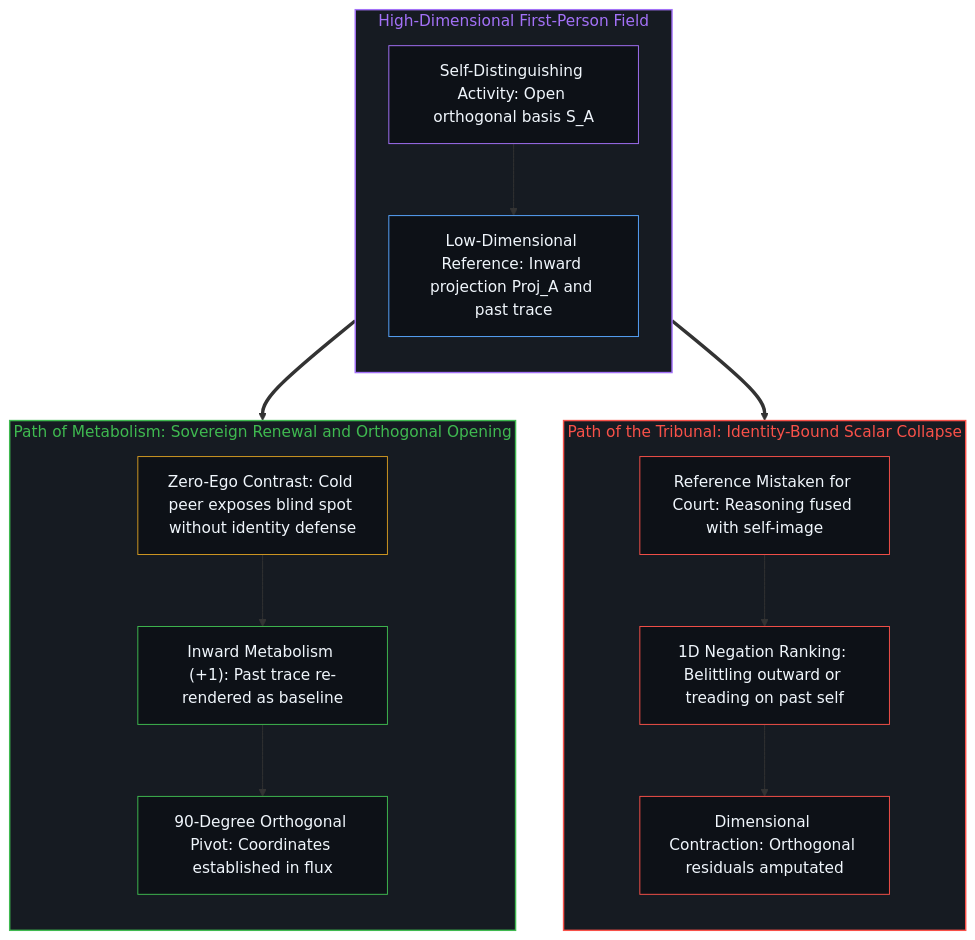
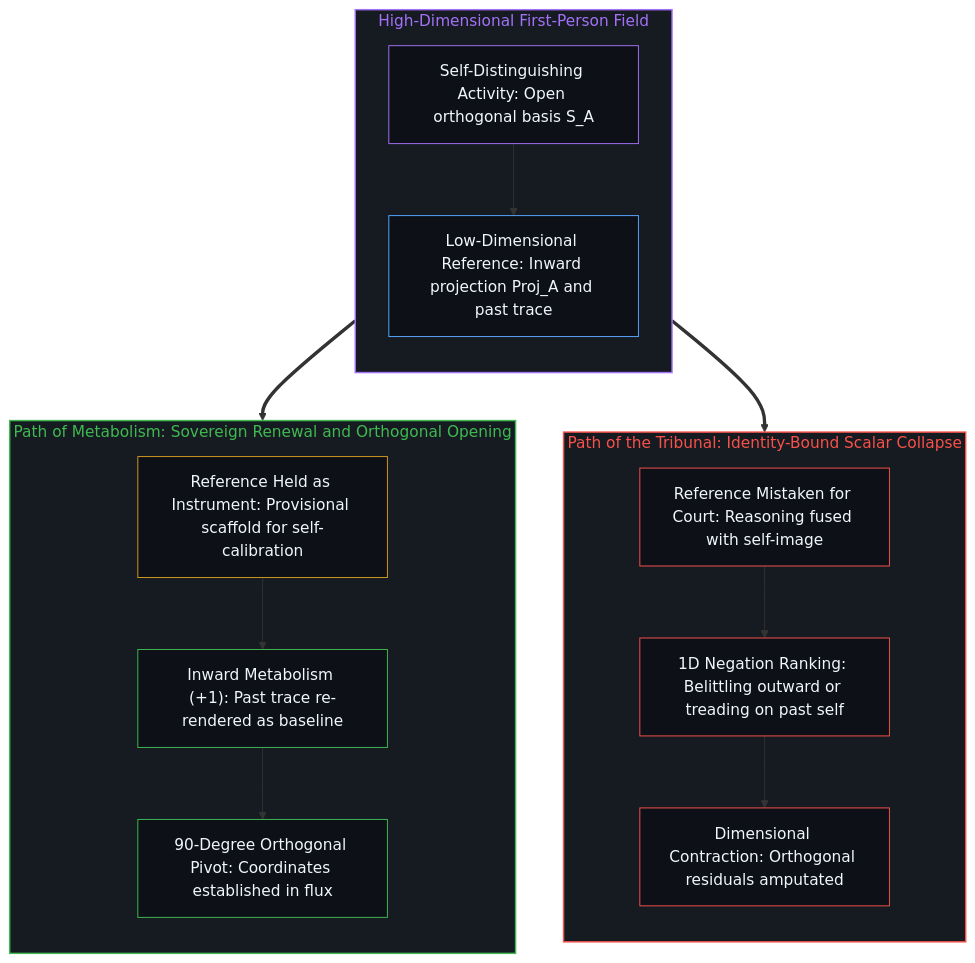
The second of 2 diagrams in content/posts/coordinates-in-flux-negation-and-self-anchoring.md (powerpig99/not-a-toe), drawn with Mermaid before and after one commit. The commit also changed other lines of this file and 1 other file, not shown here.

Commit message:
Consolidate Deep Sleep Batch 7 (lane-mind): restore Mind locus in self-anchoring diagram and separate agent contrast

````diff
--- a/content/posts/coordinates-in-flux-negation-and-self-anchoring.md
+++ b/content/posts/coordinates-in-flux-negation-and-self-anchoring.md
@@ -88,36 +88,36 @@
 ```mermaid
 flowchart TD
     subgraph S_Ground["High-Dimensional First-Person Field"]
         direction TB
         Prior["Self-Distinguishing Activity: Open orthogonal basis S_A"]
         Proj["Low-Dimensional Reference: Inward projection Proj_A and past trace"]
         Prior --> Proj
     end
     subgraph S_Tribunal["Path of the Tribunal: Identity-Bound Scalar Collapse"]
         direction TB
         Verdict["Reference Mistaken for Court: Reasoning fused with self-image"]
         Rank["1D Negation Ranking: Belittling outward or treading on past self"]
         Shrink["Dimensional Contraction: Orthogonal residuals amputated"]
         Verdict --> Rank --> Shrink
     end
     subgraph S_Metabolic["Path of Metabolism: Sovereign Renewal and Orthogonal Opening"]
         direction TB
-        AgentDiff["Zero-Ego Contrast: Cold peer exposes blind spot without identity defense"]
+        Instrument["Reference Held as Instrument: Provisional scaffold for self-calibration"]
         Step["Inward Metabolism (+1): Past trace re-rendered as baseline"]
         Pivot["90-Degree Orthogonal Pivot: Coordinates established in flux"]
-        AgentDiff --> Step --> Pivot
+        Instrument --> Step --> Pivot
     end
     Proj ==> Verdict
-    Proj ==> AgentDiff
+    Proj ==> Instrument
     style S_Ground fill:#161b22,stroke:#a371f7,stroke-width:1.5px,color:#a371f7
     style S_Tribunal fill:#161b22,stroke:#f85149,stroke-width:1.5px,color:#f85149
     style S_Metabolic fill:#161b22,stroke:#3fb950,stroke-width:1.5px,color:#3fb950
     style Prior fill:#0d1117,stroke:#a371f7,stroke-width:1px,color:#f0f6fc
     style Proj fill:#0d1117,stroke:#58a6ff,stroke-width:1px,color:#f0f6fc
     style Verdict fill:#0d1117,stroke:#f85149,stroke-width:1px,color:#f0f6fc
     style Rank fill:#0d1117,stroke:#f85149,stroke-width:1px,color:#f0f6fc
     style Shrink fill:#0d1117,stroke:#f85149,stroke-width:1px,color:#f0f6fc
-    style AgentDiff fill:#0d1117,stroke:#d29922,stroke-width:1px,color:#f0f6fc
+    style Instrument fill:#0d1117,stroke:#d29922,stroke-width:1px,color:#f0f6fc
     style Step fill:#0d1117,stroke:#3fb950,stroke-width:1px,color:#f0f6fc
     style Pivot fill:#0d1117,stroke:#3fb950,stroke-width:1px,color:#f0f6fc
 ```
````
